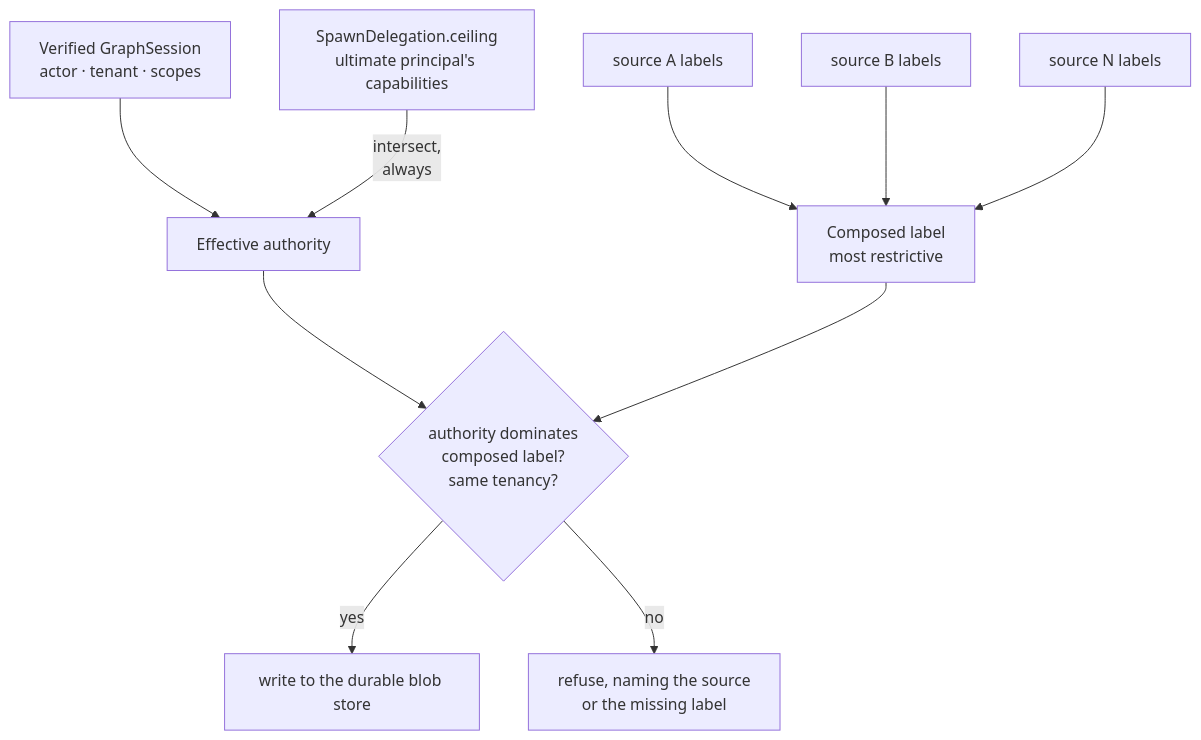
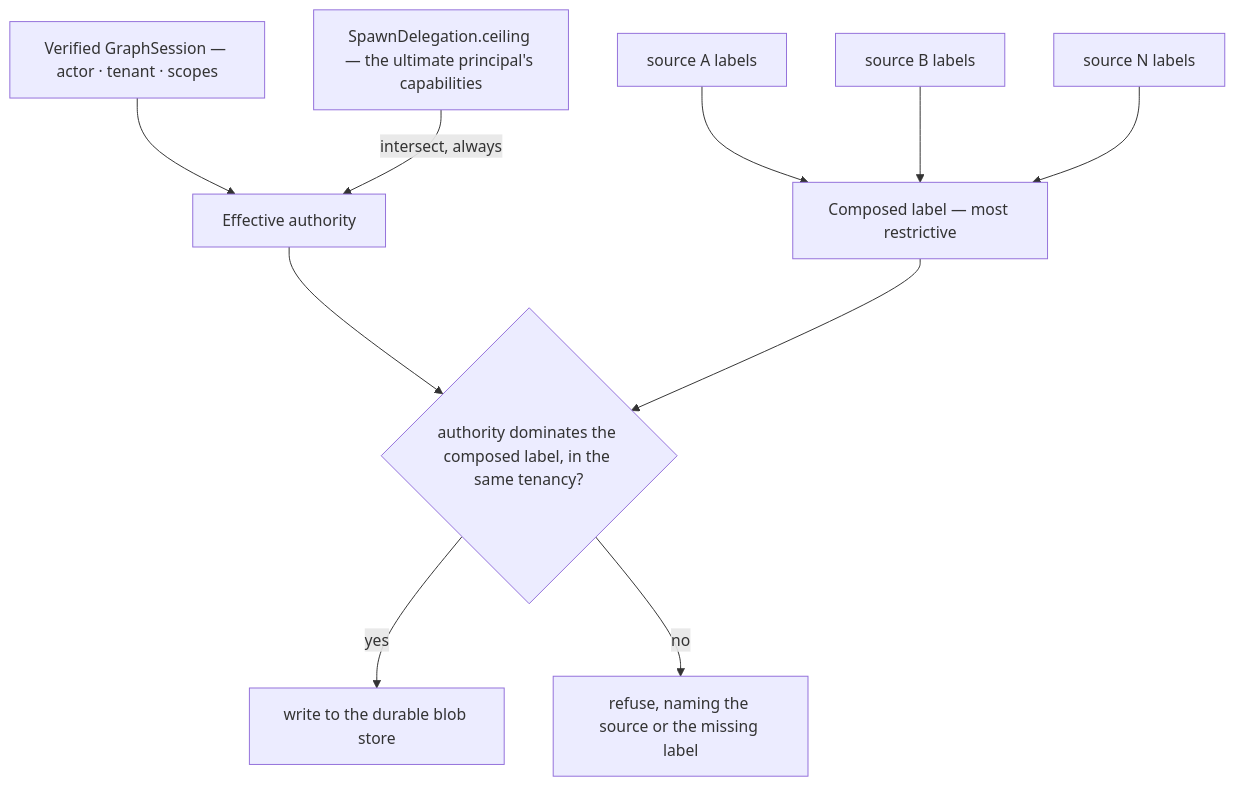
Before and after one commit to Knuckles-Team/agent-utilities: the second of 2 diagrams in docs/architecture/kv-checkpoint-intelligence.md, drawn with Mermaid. The commit also changed 2 other files, not shown here.

Commit message:
fix(docs): quote mermaid labels, document DATA_RESIDENCY_REGION, clear env drift
- check-mermaid: the new eligibility flowchart used unquoted <br/> labels.
- .env.example: DATA_RESIDENCY_REGION (this lane's), plus ten PRE-EXISTING
  undocumented reads a sibling lane left behind (MCP_APPSTOOL, the three
  KG_DAEMON_METRICS*, the two per-signal OTEL endpoints, PROMETHEUS_MULTIPROC_DIR,
  the two DISTILLATION_* thresholds, MCP_SDK_FLOOR_ENFORCE). env-var drift goes
  12 -> 1.

The one remaining finding is pre-existing and NOT masked: MCP_V2_GATEWAY_LOG_LEVEL
is reported DEAD because the guard scans agent_utilities/ only, while the variable
is genuinely read by mcp_v2_gateway/tracing.py:63. Removing it from the compose
file would delete real configurability and widening the guard's scan surface is a
different lane's change, so it is reported rather than silenced.

````diff
--- a/docs/architecture/kv-checkpoint-intelligence.md
+++ b/docs/architecture/kv-checkpoint-intelligence.md
@@ -176,12 +176,12 @@
 ```mermaid
 flowchart TD
-    S[Verified GraphSession<br/>actor · tenant · scopes] --> A[Effective authority]
-    D[SpawnDelegation.ceiling<br/>ultimate principal's capabilities] -->|intersect,<br/>always| A
-    C1[source A labels] --> L[Composed label<br/>most restrictive]
-    C2[source B labels] --> L
-    C3[source N labels] --> L
-    A --> G{authority dominates<br/>composed label?<br/>same tenancy?}
+    S["Verified GraphSession — actor · tenant · scopes"] --> A["Effective authority"]
+    D["SpawnDelegation.ceiling — the ultimate principal's capabilities"] -->|"intersect, always"| A
+    C1["source A labels"] --> L["Composed label — most restrictive"]
+    C2["source B labels"] --> L
+    C3["source N labels"] --> L
+    A --> G{"authority dominates the composed label, in the same tenancy?"}
     L --> G
-    G -->|yes| P[write to the durable blob store]
-    G -->|no| R[refuse, naming the source<br/>or the missing label]
+    G -->|"yes"| P["write to the durable blob store"]
+    G -->|"no"| R["refuse, naming the source or the missing label"]
 ```
````
